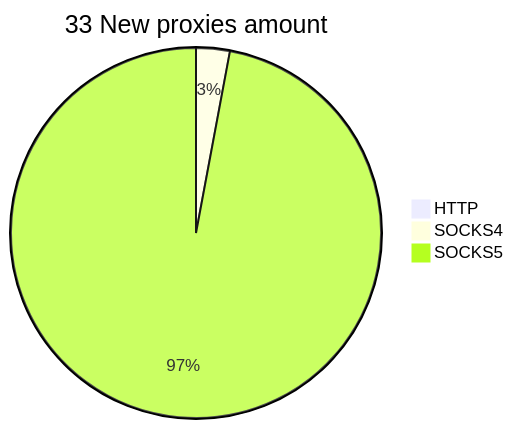
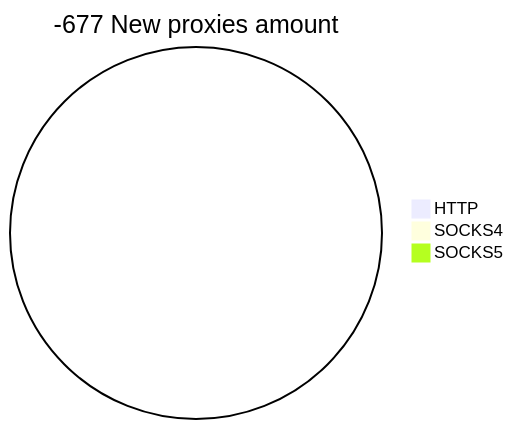
The second of 2 diagrams in README.md (cutipu/proxylist), drawn with Mermaid before and after one commit. The commit also changed other lines of this file, not shown here.

````diff
--- a/README.md
+++ b/README.md
@@ -10,6 +10,6 @@
 ```mermaid
-pie title 33 New proxies amount
+pie title -677 New proxies amount
     "HTTP" : 0
-    "SOCKS4" : 1
-    "SOCKS5" : 33
+    "SOCKS4" : 0
+    "SOCKS5" : 0
 ```
````
